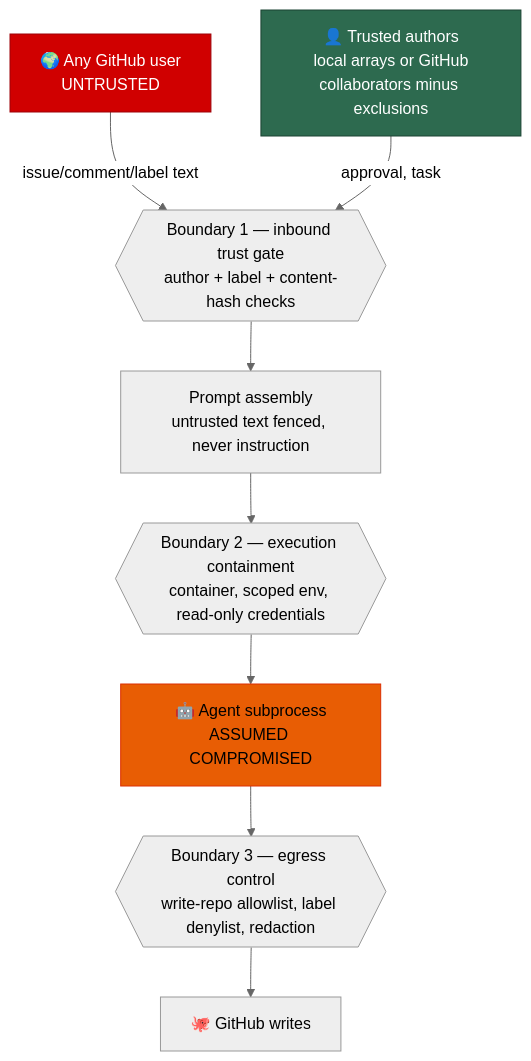
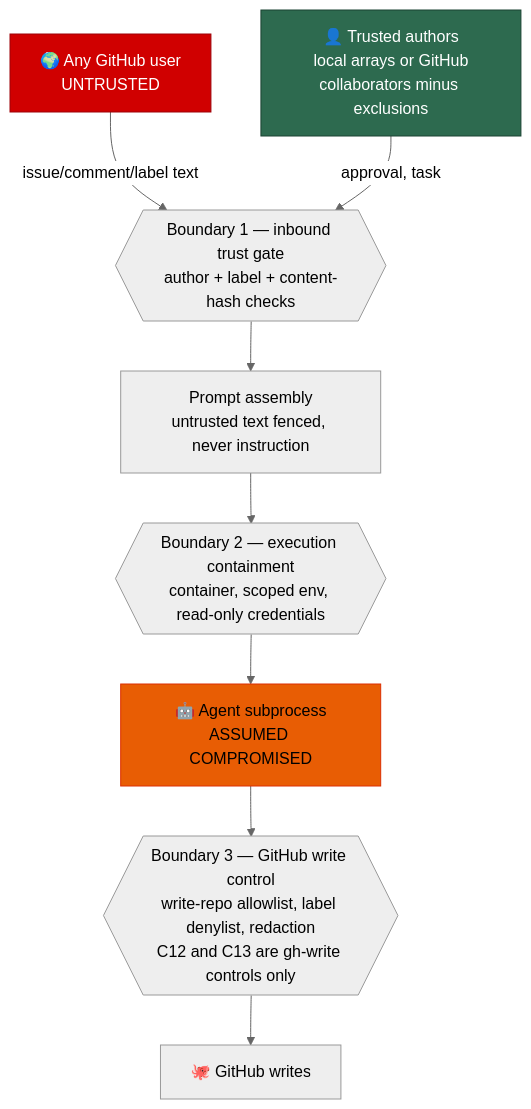
One commit to stSoftwareAU/VibeCoder changed the second of 2 diagrams in docs/THREAT-MODEL.md. Above: the diagram before and after it, drawn with Mermaid (neutral theme). The commit also changed other lines of this file and 41 other files, not shown here.

````diff
--- a/docs/THREAT-MODEL.md
+++ b/docs/THREAT-MODEL.md
@@ -81,15 +81,15 @@
 ```mermaid
 flowchart TD
     U["🌍 Any GitHub user<br/>UNTRUSTED"] -->|"issue/comment/label text"| BND
     T["👤 Trusted authors<br/>local arrays or GitHub<br/>collaborators minus exclusions"] -->|"approval, task"| BND
     BND{{"Boundary 1 — inbound trust gate<br/>author + label + content-hash checks"}}
     BND --> P["Prompt assembly<br/>untrusted text fenced, never instruction"]
     P --> BND2{{"Boundary 2 — execution containment<br/>container, scoped env, read-only credentials"}}
     BND2 --> AG["🤖 Agent subprocess<br/>ASSUMED COMPROMISED"]
-    AG --> BND3{{"Boundary 3 — egress control<br/>write-repo allowlist, label denylist, redaction"}}
+    AG --> BND3{{"Boundary 3 — GitHub write control<br/>write-repo allowlist, label denylist, redaction<br/>C12 and C13 are gh-write controls only"}}
     BND3 --> OUT["🐙 GitHub writes"]
 
     style U fill:#d00000,stroke:#9d0208,color:#fff
     style T fill:#2d6a4f,stroke:#1b4332,color:#fff
     style AG fill:#e85d04,stroke:#dc2f02,color:#000
 ```
````
